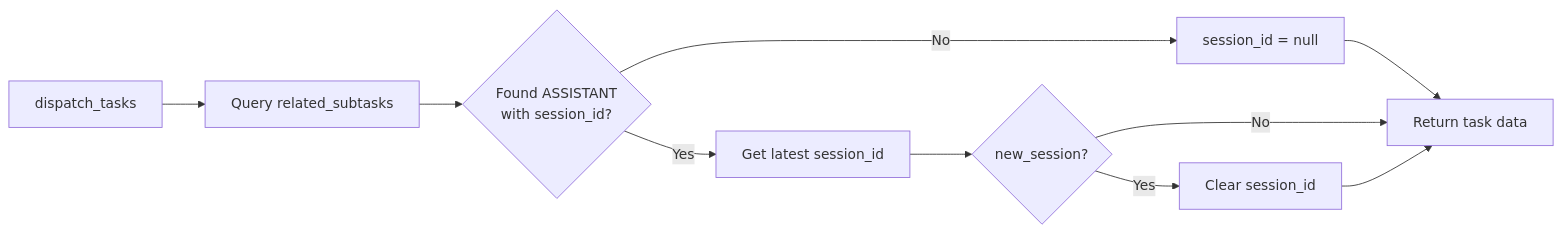
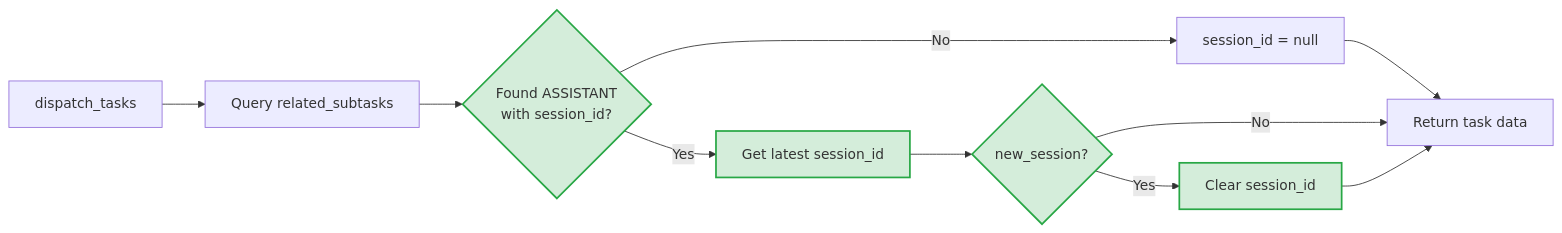
One commit to sunnights/Wegent changed the fifth of 8 diagrams in docs/en/features/task-restore.md. Above: the diagram before and after it, drawn with Mermaid. The commit also changed other lines of this file and 1 other file, not shown here.

First line of the commit message:
docs: highlight new features in Mermaid diagrams with green styling

````diff
--- a/docs/en/features/task-restore.md
+++ b/docs/en/features/task-restore.md
@@ -136,12 +152,14 @@
 ```mermaid
 flowchart LR
     A[dispatch_tasks] --> B[Query related_subtasks]
-    B --> C{Found ASSISTANT<br/>with session_id?}
-    C -->|Yes| D[Get latest session_id]
+    B --> C{Found ASSISTANT<br/>with session_id?}:::new
+    C -->|Yes| D[Get latest session_id]:::new
     C -->|No| E[session_id = null]
-    D --> F{new_session?}
+    D --> F{new_session?}:::new
     E --> G[Return task data]
-    F -->|Yes| H[Clear session_id]
+    F -->|Yes| H[Clear session_id]:::new
     F -->|No| G
     H --> G
+
+    classDef new fill:#d4edda,stroke:#28a745,stroke-width:2px
 ```
````
